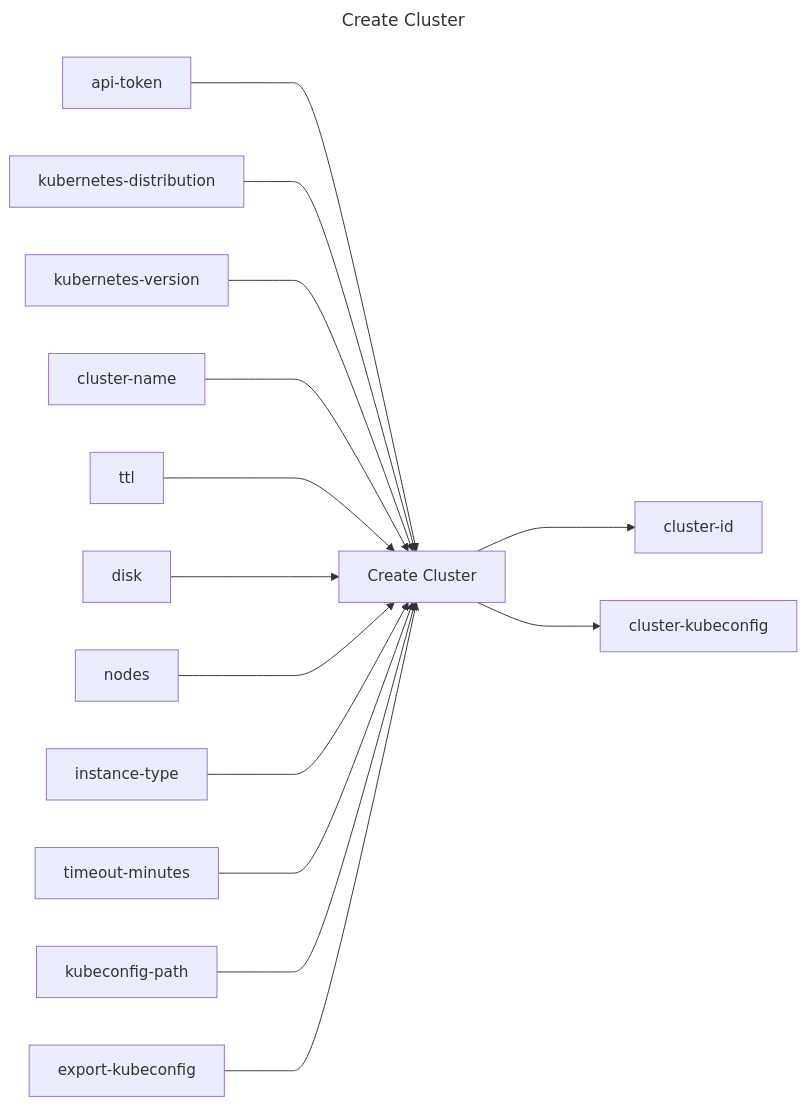
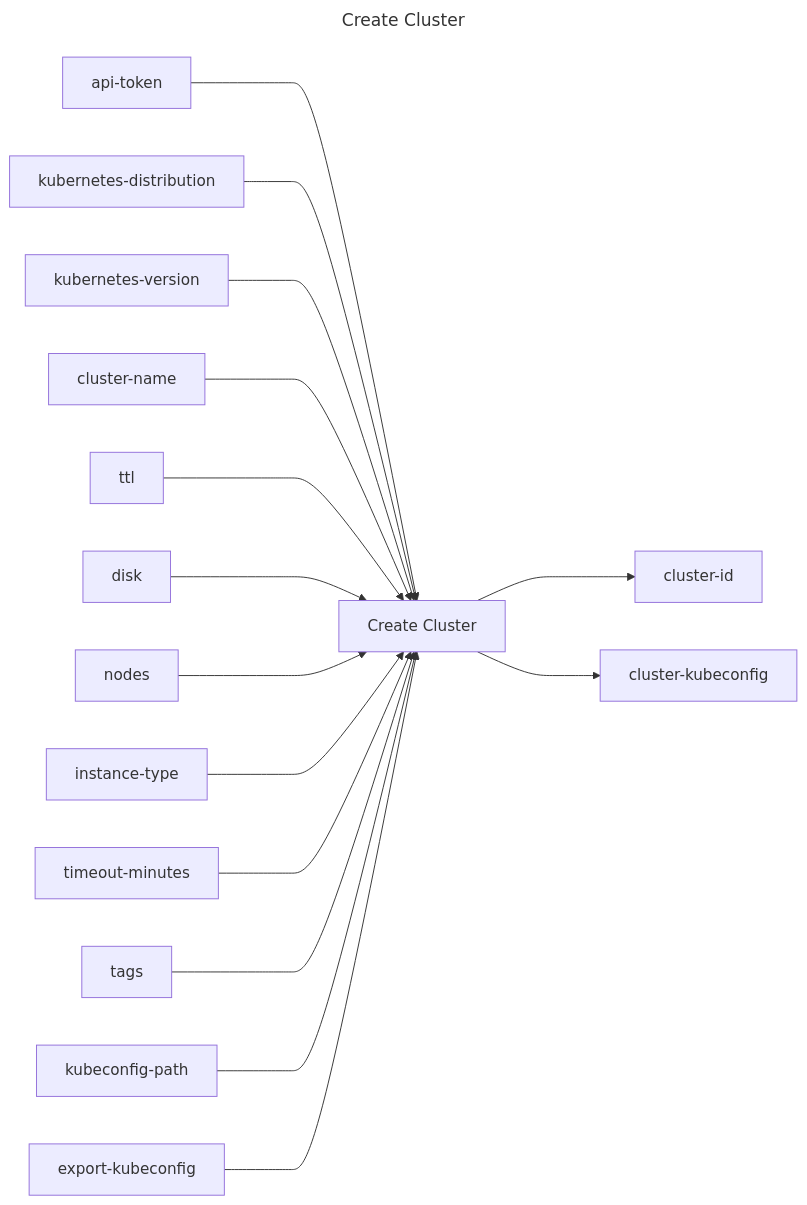
One commit to replicatedhq/replicated-actions changed the diagram in create-cluster/README.md. Above: the diagram before and after it, drawn with Mermaid. The commit also changed other lines of this file and 27 other files, not shown here.

````diff
--- a/create-cluster/README.md
+++ b/create-cluster/README.md
@@ -3,33 +3,35 @@
 ```mermaid
 ---
 title: Create Cluster
 ---
 graph LR
 create_cluster["Create Cluster"]
 api_token["api-token"]
 kubernetes_distribution["kubernetes-distribution"]
 kubernetes_version["kubernetes-version"]
 cluster_name["cluster-name"]
 ttl["ttl"]
 disk["disk"]
 nodes["nodes"]
 instance_type["instance-type"]
 timeout_minutes["timeout-minutes"]
+tags["tags"]
 kubeconfig_path["kubeconfig-path"]
 export_kubeconfig["export-kubeconfig"]
 cluster_id["cluster-id"]
 cluster_kubeconfig["cluster-kubeconfig"]
 api_token ---> create_cluster
 kubernetes_distribution ---> create_cluster
 kubernetes_version ---> create_cluster
 cluster_name ---> create_cluster
 ttl ---> create_cluster
 disk ---> create_cluster
 nodes ---> create_cluster
 instance_type ---> create_cluster
 timeout_minutes ---> create_cluster
+tags ---> create_cluster
 kubeconfig_path ---> create_cluster
 export_kubeconfig ---> create_cluster
 create_cluster ---> cluster_id
 create_cluster ---> cluster_kubeconfig
 ```
````
